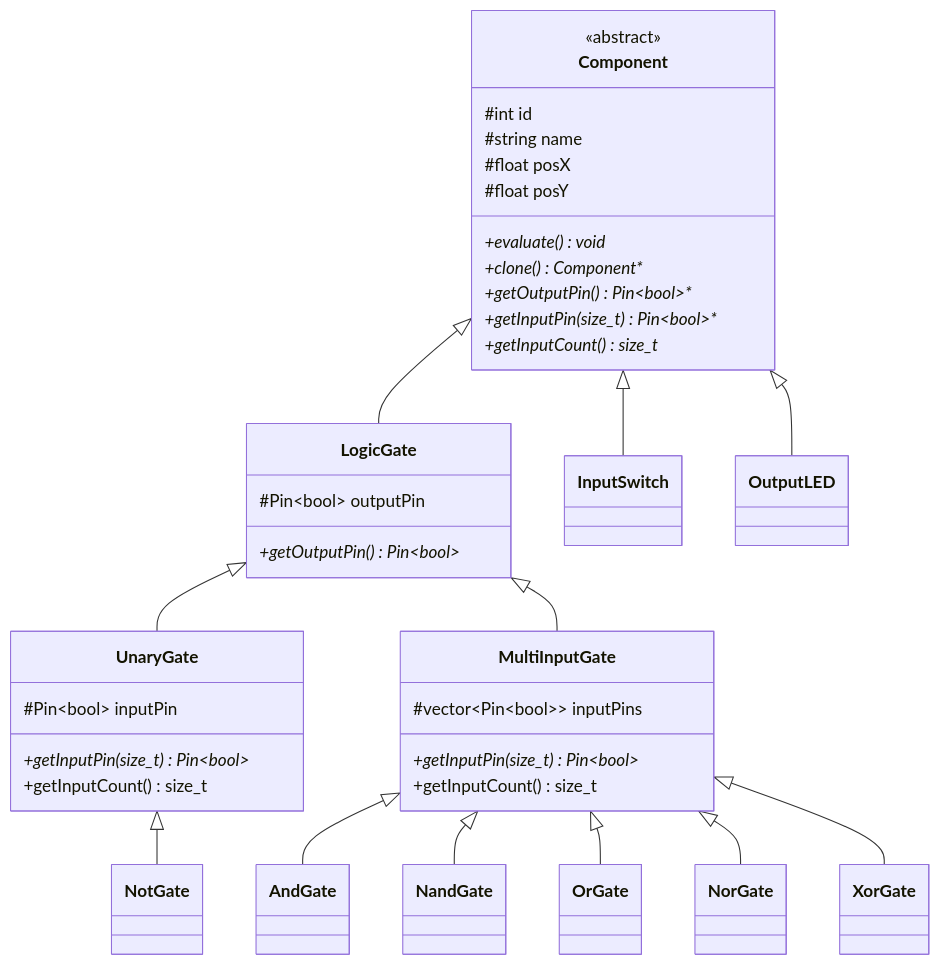
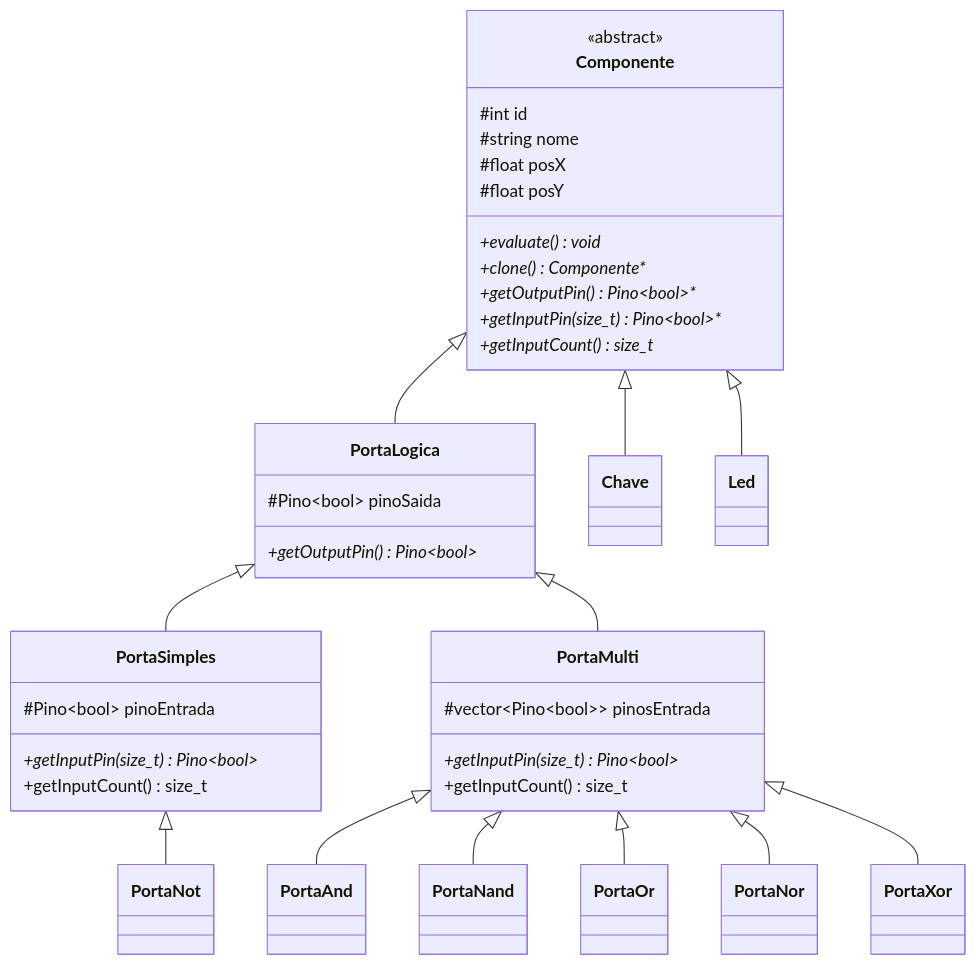
One commit to Mateus-Froes/-logic-gate-simulator changed the diagram in README.md. Above: the diagram before and after it, drawn with Mermaid. The commit also changed other lines of this file and 21 other files, not shown here.

````diff
--- a/README.md
+++ b/README.md
@@ -99,44 +99,44 @@
 ```mermaid
 classDiagram
-    class Component {
+    class Componente {
         <<abstract>>
         #int id
-        #string name
+        #string nome
         #float posX
         #float posY
         +evaluate()* void
-        +clone()* Component*
-        +getOutputPin()* Pin~bool~*
-        +getInputPin(size_t)* Pin~bool~*
+        +clone()* Componente*
+        +getOutputPin()* Pino~bool~*
+        +getInputPin(size_t)* Pino~bool~*
         +getInputCount()* size_t
     }
 
-    class LogicGate {
-        #Pin~bool~ outputPin
-        +getOutputPin() Pin~bool~*
+    class PortaLogica {
+        #Pino~bool~ pinoSaida
+        +getOutputPin() Pino~bool~*
     }
 
-    class UnaryGate {
-        #Pin~bool~ inputPin
-        +getInputPin(size_t) Pin~bool~*
+    class PortaSimples {
+        #Pino~bool~ pinoEntrada
+        +getInputPin(size_t) Pino~bool~*
         +getInputCount() size_t
     }
 
-    class MultiInputGate {
-        #vector~Pin~bool~~ inputPins
-        +getInputPin(size_t) Pin~bool~*
+    class PortaMulti {
+        #vector~Pino~bool~~ pinosEntrada
+        +getInputPin(size_t) Pino~bool~*
         +getInputCount() size_t
     }
 
-    Component <|-- LogicGate
-    Component <|-- InputSwitch
-    Component <|-- OutputLED
-    LogicGate <|-- UnaryGate
-    LogicGate <|-- MultiInputGate
-    UnaryGate <|-- NotGate
-    MultiInputGate <|-- AndGate
-    MultiInputGate <|-- NandGate
-    MultiInputGate <|-- OrGate
-    MultiInputGate <|-- NorGate
-    MultiInputGate <|-- XorGate
+    Componente <|-- PortaLogica
+    Componente <|-- Chave
+    Componente <|-- Led
+    PortaLogica <|-- PortaSimples
+    PortaLogica <|-- PortaMulti
+    PortaSimples <|-- PortaNot
+    PortaMulti <|-- PortaAnd
+    PortaMulti <|-- PortaNand
+    PortaMulti <|-- PortaOr
+    PortaMulti <|-- PortaNor
+    PortaMulti <|-- PortaXor
 ```
````
